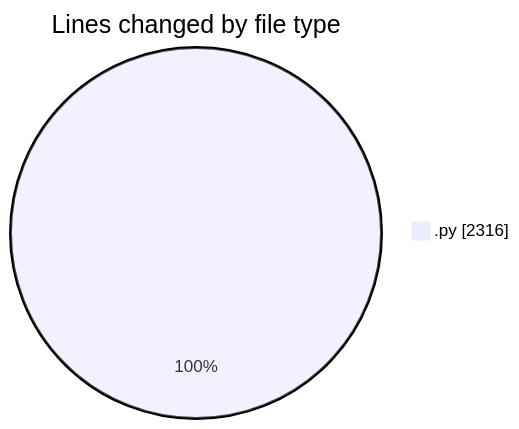
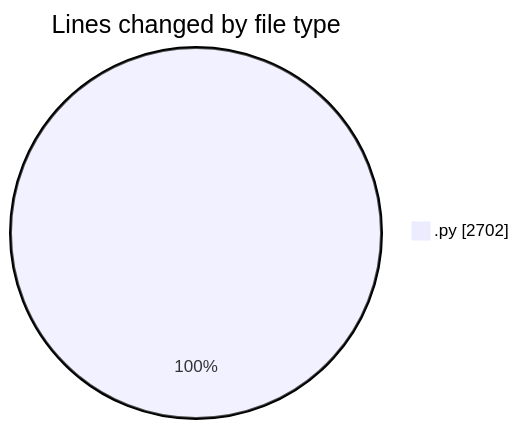
Before and after one commit to Unknowalive/code-tracking: the first of 2 diagrams in 2026-04-02/ai-programming-assignment-4/README.md, drawn with Mermaid. The commit also changed other lines of this file and 1 other file, not shown here.

````diff
--- a/2026-04-02/ai-programming-assignment-4/README.md
+++ b/2026-04-02/ai-programming-assignment-4/README.md
@@ -30,5 +35,5 @@
 ```mermaid
 pie showData
 title Lines changed by file type
-".py" : 2316
+".py" : 2702
 ```
````
